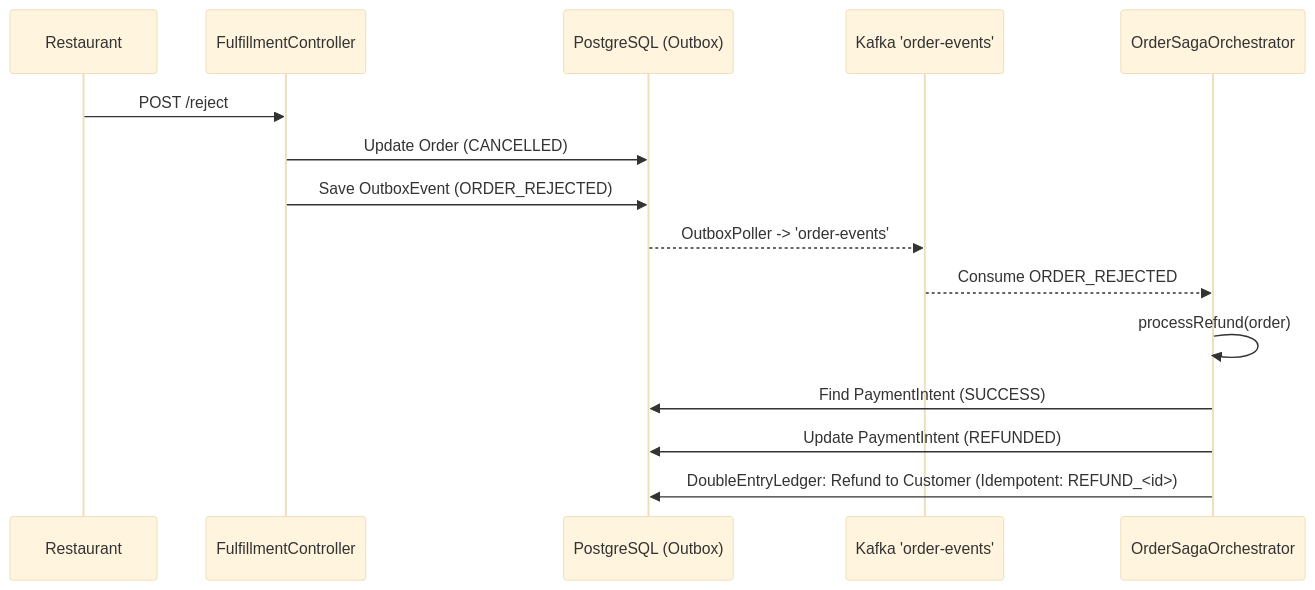
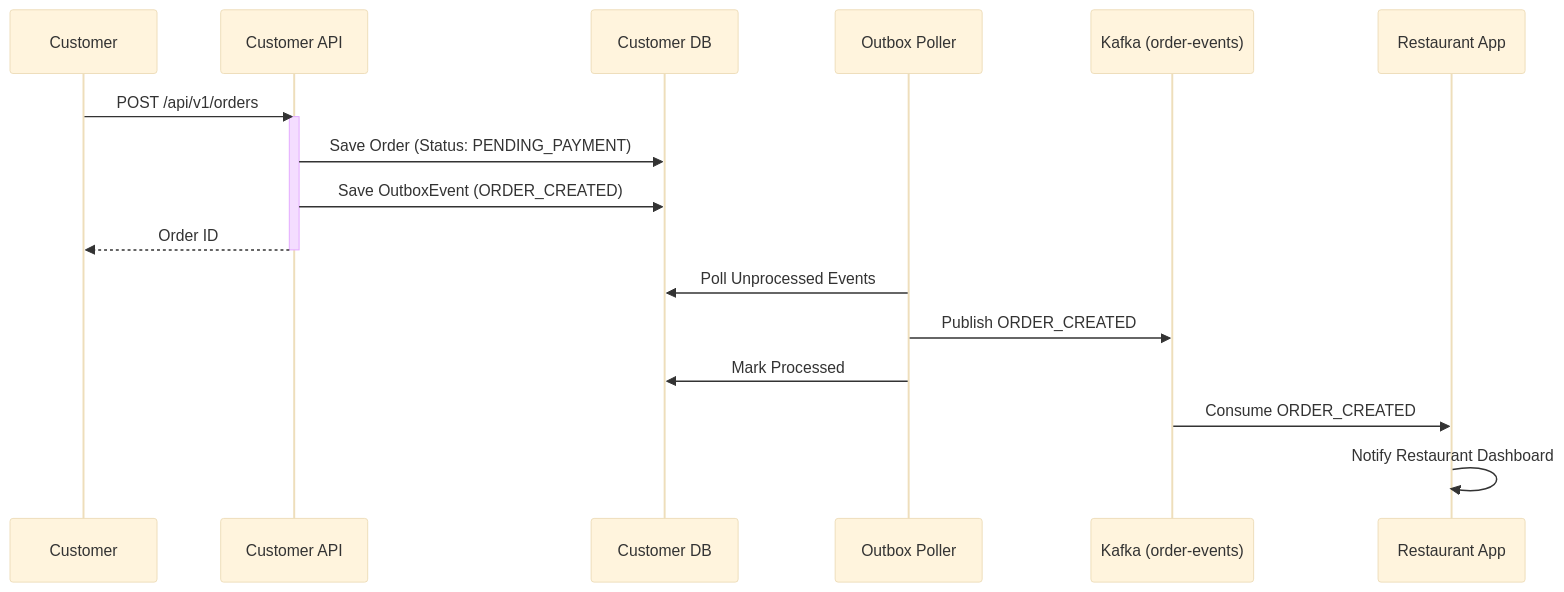
The second of 3 diagrams in SYSTEM_FLOW_DIAGRAMS.md (parthu-reddy/CustomerApplication), drawn with Mermaid (base theme) before and after one commit. The commit also changed other lines of this file and 4 other files, not shown here.

Commit message:
fix: orchestrator state tracking and sql cleanup

````diff
--- a/SYSTEM_FLOW_DIAGRAMS.md
+++ b/SYSTEM_FLOW_DIAGRAMS.md
@@ -271,20 +51,23 @@
 ```mermaid
 sequenceDiagram
-    participant REST as Restaurant
-    participant API as FulfillmentController
-    participant DB as PostgreSQL (Outbox)
-    participant K as Kafka 'order-events'
-    participant SAGA as OrderSagaOrchestrator
-    
-    REST->>API: POST /reject
-    API->>DB: Update Order (CANCELLED)
-    API->>DB: Save OutboxEvent (ORDER_REJECTED)
-    
-    DB-->>K: OutboxPoller -> 'order-events'
-    K-->>SAGA: Consume ORDER_REJECTED
-    
-    SAGA->>SAGA: processRefund(order)
-    SAGA->>DB: Find PaymentIntent (SUCCESS)
-    SAGA->>DB: Update PaymentIntent (REFUNDED)
-    SAGA->>DB: DoubleEntryLedger: Refund to Customer (Idempotent: REFUND_<id>)
+    participant C as Customer
+    participant API as Customer API
+    participant DB as Customer DB
+    participant Outbox as Outbox Poller
+    participant K_Order as Kafka (order-events)
+    participant Rest as Restaurant App
+
+    C->>API: POST /api/v1/orders
+    activate API
+    API->>DB: Save Order (Status: PENDING_PAYMENT)
+    API->>DB: Save OutboxEvent (ORDER_CREATED)
+    API-->>C: Order ID
+    deactivate API
+
+    Outbox->>DB: Poll Unprocessed Events
+    Outbox->>K_Order: Publish ORDER_CREATED
+    Outbox->>DB: Mark Processed
+
+    K_Order->>Rest: Consume ORDER_CREATED
+    Rest->>Rest: Notify Restaurant Dashboard
 ```
````
